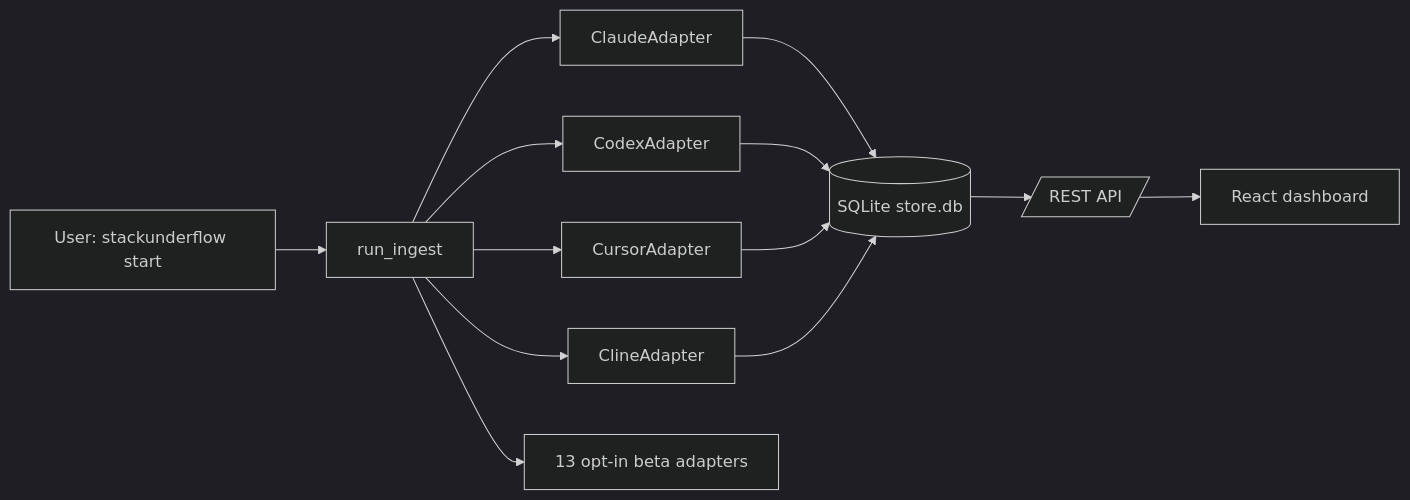
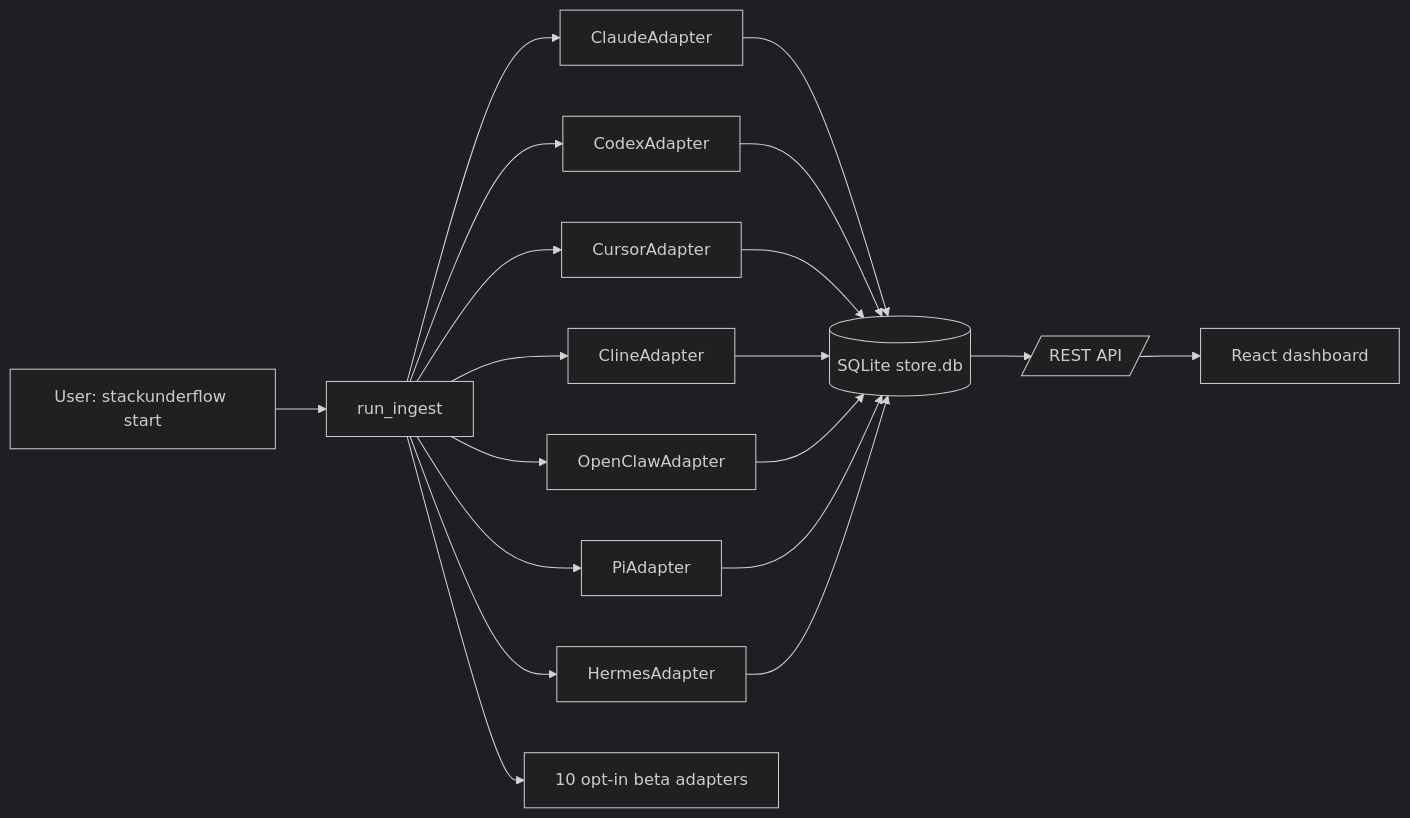
One commit to 0bserver07/StackUnderflow changed the diagram in docs/multi-provider.md. Above: the diagram before and after it, drawn with Mermaid (dark theme). The commit also changed 1 other file, not shown here.

Commit message:
docs: add supported agents visual brand badges with icons to README.md and update multi-provider spec diagram

````diff
--- a/docs/multi-provider.md
+++ b/docs/multi-provider.md
@@ -99,15 +99,21 @@
 ```mermaid
 flowchart LR
     user[User: stackunderflow start] --> ingest[run_ingest]
     ingest --> claude[ClaudeAdapter]
     ingest --> codex[CodexAdapter]
     ingest --> cursor[CursorAdapter]
     ingest --> cline[ClineAdapter]
-    ingest --> betas[13 opt-in beta adapters]
+    ingest --> openclaw[OpenClawAdapter]
+    ingest --> pi[PiAdapter]
+    ingest --> hermes[HermesAdapter]
+    ingest --> betas[10 opt-in beta adapters]
     claude --> store[(SQLite store.db)]
     codex --> store
     cursor --> store
     cline --> store
+    openclaw --> store
+    pi --> store
+    hermes --> store
     store --> api[/REST API/]
     api --> ui[React dashboard]
 ```
````
